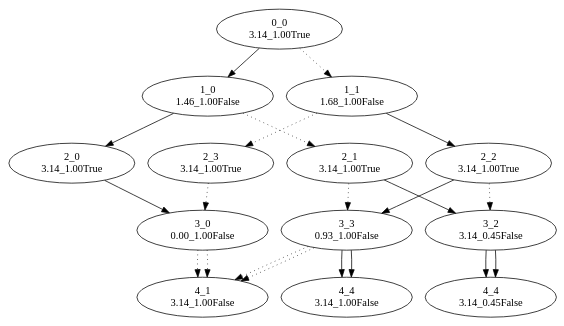
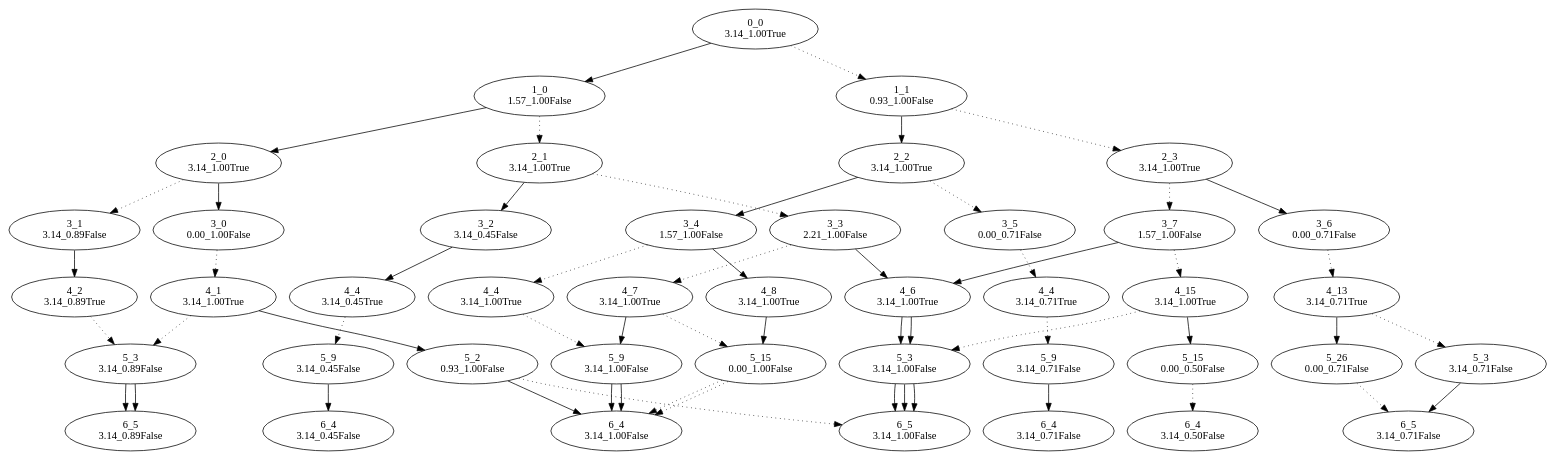
One commit to Jeff848/column_block_encoding changed the diagram in angle_digraph.dot. Above: the diagram before and after it, drawn with Graphviz. The commit also changed 7 other files, not shown here.

```diff
--- a/angle_digraph.dot
+++ b/angle_digraph.dot
@@ -2,14 +2,14 @@
 	"0_0
 3.14_1.00True"
 	"1_0
-1.46_1.00False"
+1.57_1.00False"
 	"0_0
 3.14_1.00True" -> "1_0
-1.46_1.00False"
+1.57_1.00False"
 	"2_0
 3.14_1.00True"
 	"1_0
-1.46_1.00False" -> "2_0
+1.57_1.00False" -> "2_0
 3.14_1.00True"
 	"3_0
 0.00_1.00False"
@@ -17,14 +17,59 @@
 3.14_1.00True" -> "3_0
 0.00_1.00False"
 	"4_1
-3.14_1.00False"
+3.14_1.00True"
 	"3_0
 0.00_1.00False" -> "4_1
+3.14_1.00True" [style=dotted]
+	"5_2
+0.93_1.00False"
+	"4_1
+3.14_1.00True" -> "5_2
+0.93_1.00False"
+	"6_4
+3.14_1.00False"
+	"5_2
+0.93_1.00False" -> "6_4
+3.14_1.00False"
+	"6_5
+3.14_1.00False"
+	"5_2
+0.93_1.00False" -> "6_5
 3.14_1.00False" [style=dotted]
+	"5_3
+3.14_0.89False"
+	"4_1
+3.14_1.00True" -> "5_3
+3.14_0.89False" [style=dotted]
+	"6_5
+3.14_0.89False"
+	"5_3
+3.14_0.89False" -> "6_5
+3.14_0.89False"
+	"3_1
+3.14_0.89False"
+	"2_0
+3.14_1.00True" -> "3_1
+3.14_0.89False" [style=dotted]
+	"4_2
+3.14_0.89True"
+	"3_1
+3.14_0.89False" -> "4_2
+3.14_0.89True"
+	"5_3
+3.14_0.89False"
+	"4_2
+3.14_0.89True" -> "5_3
+3.14_0.89False" [style=dotted]
+	"6_5
+3.14_0.89False"
+	"5_3
+3.14_0.89False" -> "6_5
+3.14_0.89False"
 	"2_1
 3.14_1.00True"
 	"1_0
-1.46_1.00False" -> "2_1
+1.57_1.00False" -> "2_1
 3.14_1.00True" [style=dotted]
 	"3_2
 3.14_0.45False"
@@ -32,73 +77,208 @@
 3.14_1.00True" -> "3_2
 3.14_0.45False"
 	"4_4
-3.14_0.45False"
+3.14_0.45True"
 	"3_2
 3.14_0.45False" -> "4_4
+3.14_0.45True"
+	"5_9
+3.14_0.45False"
+	"4_4
+3.14_0.45True" -> "5_9
+3.14_0.45False" [style=dotted]
+	"6_4
+3.14_0.45False"
+	"5_9
+3.14_0.45False" -> "6_4
 3.14_0.45False"
 	"3_3
-0.93_1.00False"
+2.21_1.00False"
 	"2_1
 3.14_1.00True" -> "3_3
-0.93_1.00False" [style=dotted]
-	"4_4
+2.21_1.00False" [style=dotted]
+	"4_6
+3.14_1.00True"
+	"3_3
+2.21_1.00False" -> "4_6
+3.14_1.00True"
+	"5_3
 3.14_1.00False"
+	"4_6
+3.14_1.00True" -> "5_3
+3.14_1.00False"
+	"6_5
+3.14_1.00False"
+	"5_3
+3.14_1.00False" -> "6_5
+3.14_1.00False"
+	"4_7
+3.14_1.00True"
 	"3_3
-0.93_1.00False" -> "4_4
+2.21_1.00False" -> "4_7
+3.14_1.00True" [style=dotted]
+	"5_9
 3.14_1.00False"
-	"4_1
+	"4_7
+3.14_1.00True" -> "5_9
 3.14_1.00False"
-	"3_3
-0.93_1.00False" -> "4_1
+	"6_4
+3.14_1.00False"
+	"5_9
+3.14_1.00False" -> "6_4
+3.14_1.00False"
+	"5_15
+0.00_1.00False"
+	"4_7
+3.14_1.00True" -> "5_15
+0.00_1.00False" [style=dotted]
+	"6_4
+3.14_1.00False"
+	"5_15
+0.00_1.00False" -> "6_4
 3.14_1.00False" [style=dotted]
 	"1_1
-1.68_1.00False"
+0.93_1.00False"
 	"0_0
 3.14_1.00True" -> "1_1
-1.68_1.00False" [style=dotted]
+0.93_1.00False" [style=dotted]
 	"2_2
 3.14_1.00True"
 	"1_1
-1.68_1.00False" -> "2_2
+0.93_1.00False" -> "2_2
 3.14_1.00True"
-	"3_3
-0.93_1.00False"
+	"3_4
+1.57_1.00False"
 	"2_2
-3.14_1.00True" -> "3_3
-0.93_1.00False"
+3.14_1.00True" -> "3_4
+1.57_1.00False"
+	"4_8
+3.14_1.00True"
+	"3_4
+1.57_1.00False" -> "4_8
+3.14_1.00True"
+	"5_15
+0.00_1.00False"
+	"4_8
+3.14_1.00True" -> "5_15
+0.00_1.00False"
+	"6_4
+3.14_1.00False"
+	"5_15
+0.00_1.00False" -> "6_4
+3.14_1.00False" [style=dotted]
 	"4_4
+3.14_1.00True"
+	"3_4
+1.57_1.00False" -> "4_4
+3.14_1.00True" [style=dotted]
+	"5_9
 3.14_1.00False"
-	"3_3
-0.93_1.00False" -> "4_4
+	"4_4
+3.14_1.00True" -> "5_9
+3.14_1.00False" [style=dotted]
+	"6_4
 3.14_1.00False"
-	"4_1
+	"5_9
+3.14_1.00False" -> "6_4
 3.14_1.00False"
-	"3_3
-0.93_1.00False" -> "4_1
-3.14_1.00False" [style=dotted]
-	"3_2
-3.14_0.45False"
+	"3_5
+0.00_0.71False"
 	"2_2
-3.14_1.00True" -> "3_2
-3.14_0.45False" [style=dotted]
+3.14_1.00True" -> "3_5
+0.00_0.71False" [style=dotted]
 	"4_4
-3.14_0.45False"
-	"3_2
-3.14_0.45False" -> "4_4
-3.14_0.45False"
+3.14_0.71True"
+	"3_5
+0.00_0.71False" -> "4_4
+3.14_0.71True" [style=dotted]
+	"5_9
+3.14_0.71False"
+	"4_4
+3.14_0.71True" -> "5_9
+3.14_0.71False" [style=dotted]
+	"6_4
+3.14_0.71False"
+	"5_9
+3.14_0.71False" -> "6_4
+3.14_0.71False"
 	"2_3
 3.14_1.00True"
 	"1_1
-1.68_1.00False" -> "2_3
+0.93_1.00False" -> "2_3
 3.14_1.00True" [style=dotted]
-	"3_0
-0.00_1.00False"
+	"3_6
+0.00_0.71False"
 	"2_3
-3.14_1.00True" -> "3_0
-0.00_1.00False" [style=dotted]
-	"4_1
+3.14_1.00True" -> "3_6
+0.00_0.71False"
+	"4_13
+3.14_0.71True"
+	"3_6
+0.00_0.71False" -> "4_13
+3.14_0.71True" [style=dotted]
+	"5_26
+0.00_0.71False"
+	"4_13
+3.14_0.71True" -> "5_26
+0.00_0.71False"
+	"6_5
+3.14_0.71False"
+	"5_26
+0.00_0.71False" -> "6_5
+3.14_0.71False" [style=dotted]
+	"5_3
+3.14_0.71False"
+	"4_13
+3.14_0.71True" -> "5_3
+3.14_0.71False" [style=dotted]
+	"6_5
+3.14_0.71False"
+	"5_3
+3.14_0.71False" -> "6_5
+3.14_0.71False"
+	"3_7
+1.57_1.00False"
+	"2_3
+3.14_1.00True" -> "3_7
+1.57_1.00False" [style=dotted]
+	"4_6
+3.14_1.00True"
+	"3_7
+1.57_1.00False" -> "4_6
+3.14_1.00True"
+	"5_3
 3.14_1.00False"
-	"3_0
-0.00_1.00False" -> "4_1
+	"4_6
+3.14_1.00True" -> "5_3
+3.14_1.00False"
+	"6_5
+3.14_1.00False"
+	"5_3
+3.14_1.00False" -> "6_5
+3.14_1.00False"
+	"4_15
+3.14_1.00True"
+	"3_7
+1.57_1.00False" -> "4_15
+3.14_1.00True" [style=dotted]
+	"5_15
+0.00_0.50False"
+	"4_15
+3.14_1.00True" -> "5_15
+0.00_0.50False"
+	"6_4
+3.14_0.50False"
+	"5_15
+0.00_0.50False" -> "6_4
+3.14_0.50False" [style=dotted]
+	"5_3
+3.14_1.00False"
+	"4_15
+3.14_1.00True" -> "5_3
 3.14_1.00False" [style=dotted]
+	"6_5
+3.14_1.00False"
+	"5_3
+3.14_1.00False" -> "6_5
+3.14_1.00False"
 }
```
